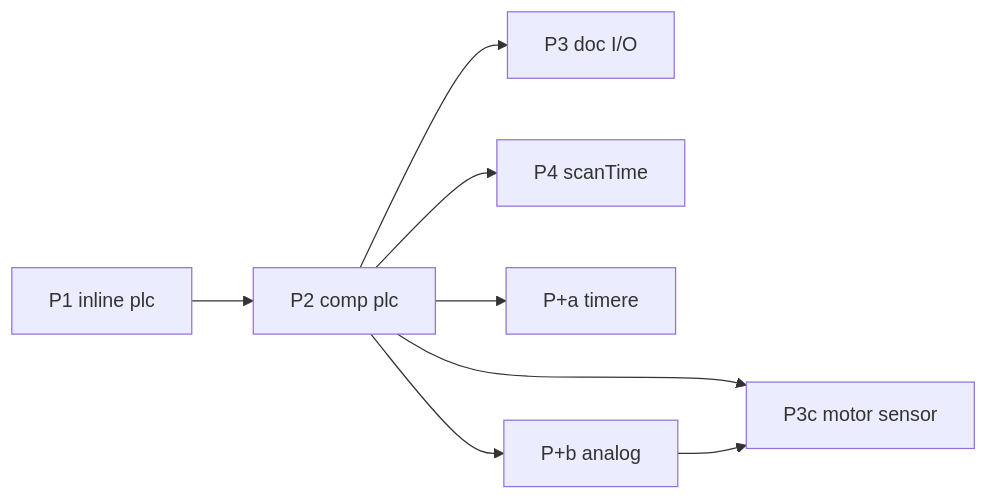
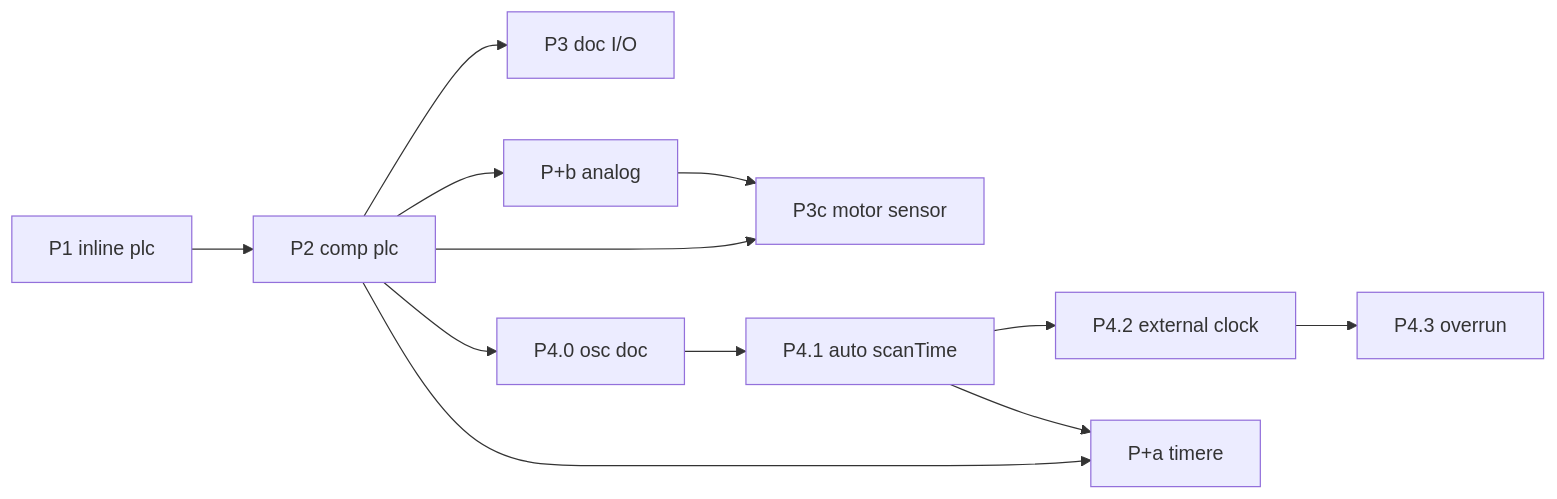
One commit to epsislow/logic-algebra-js changed the fourth of 4 diagrams in library/logTscript/.cursor/plans/comp_plc.plan.md. Above: the diagram before and after it, drawn with Mermaid. The commit also changed other lines of this file, not shown here.

````diff
--- a/library/logTscript/.cursor/plans/comp_plc.plan.md
+++ b/library/logTscript/.cursor/plans/comp_plc.plan.md
@@ -588,17 +608,24 @@
 ```mermaid
 flowchart LR
   P1[P1 inline plc]
   P2[P2 comp plc]
   P3[P3 doc I/O]
   P3c[P3c motor sensor]
-  P4[P4 scanTime]
+  P40[P4.0 osc doc]
+  P41[P4.1 auto scanTime]
+  P42[P4.2 external clock]
+  P43[P4.3 overrun]
   Pa[P+a timere]
   Pb[P+b analog]
   P1 --> P2
   P2 --> P3
   P2 --> P3c
-  P2 --> P4
+  P2 --> P40
+  P40 --> P41
+  P41 --> P42
+  P42 --> P43
   P2 --> Pa
   P2 --> Pb
   Pb --> P3c
+  P41 --> Pa
 ```
````
